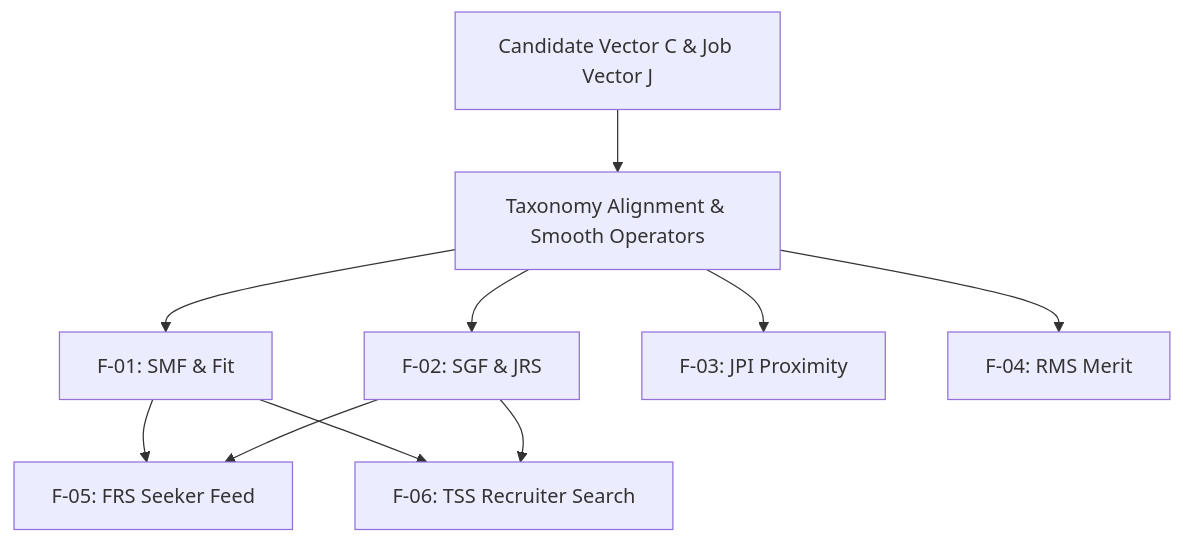
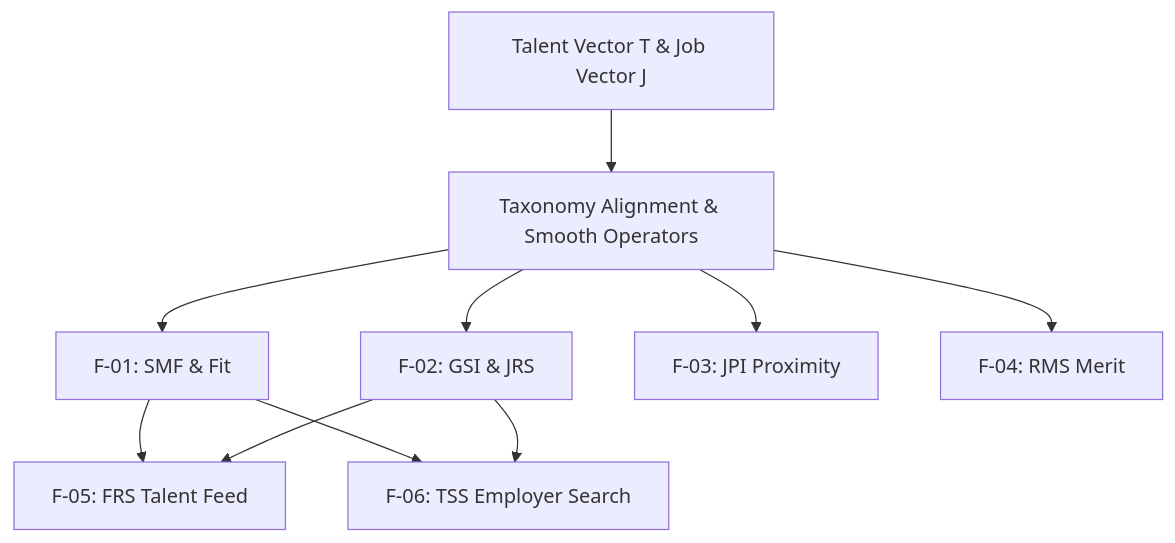
One commit to huongami/Excelerate-Skill-Bridge changed the diagram in Document/FORMULA_ARCHITECTURE_DETAIL.md. Above: the diagram before and after it, drawn with Mermaid. The commit also changed other lines of this file and 14 other files, not shown here.

````diff
--- a/Document/FORMULA_ARCHITECTURE_DETAIL.md
+++ b/Document/FORMULA_ARCHITECTURE_DETAIL.md
@@ -16,10 +16,10 @@
 ```mermaid
 flowchart TD
-    In[Candidate Vector C & Job Vector J] --> Pre[Taxonomy Alignment & Smooth Operators]
+    In[Talent Vector T & Job Vector J] --> Pre[Taxonomy Alignment & Smooth Operators]
     Pre --> F1[F-01: SMF & Fit]
-    Pre --> F2[F-02: SGF & JRS]
+    Pre --> F2[F-02: GSI & JRS]
     Pre --> F3[F-03: JPI Proximity]
     Pre --> F4[F-04: RMS Merit]
-    F1 & F2 --> F5[F-05: FRS Seeker Feed]
-    F1 & F2 --> F6[F-06: TSS Recruiter Search]
+    F1 & F2 --> F5[F-05: FRS Talent Feed]
+    F1 & F2 --> F6[F-06: TSS Employer Search]
 ```
````
